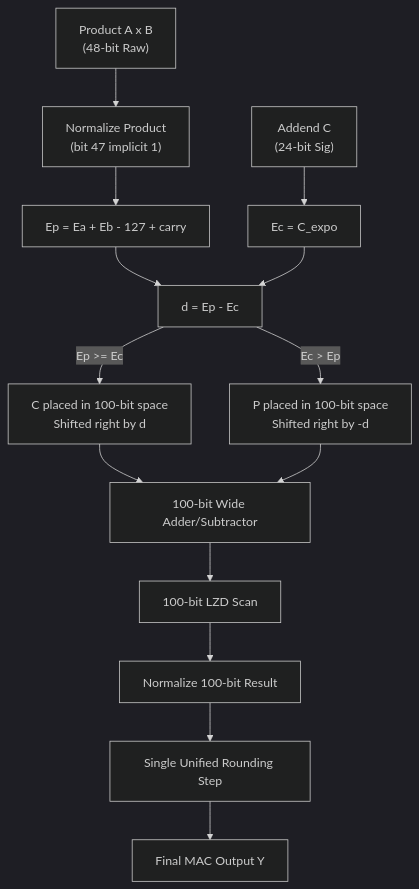
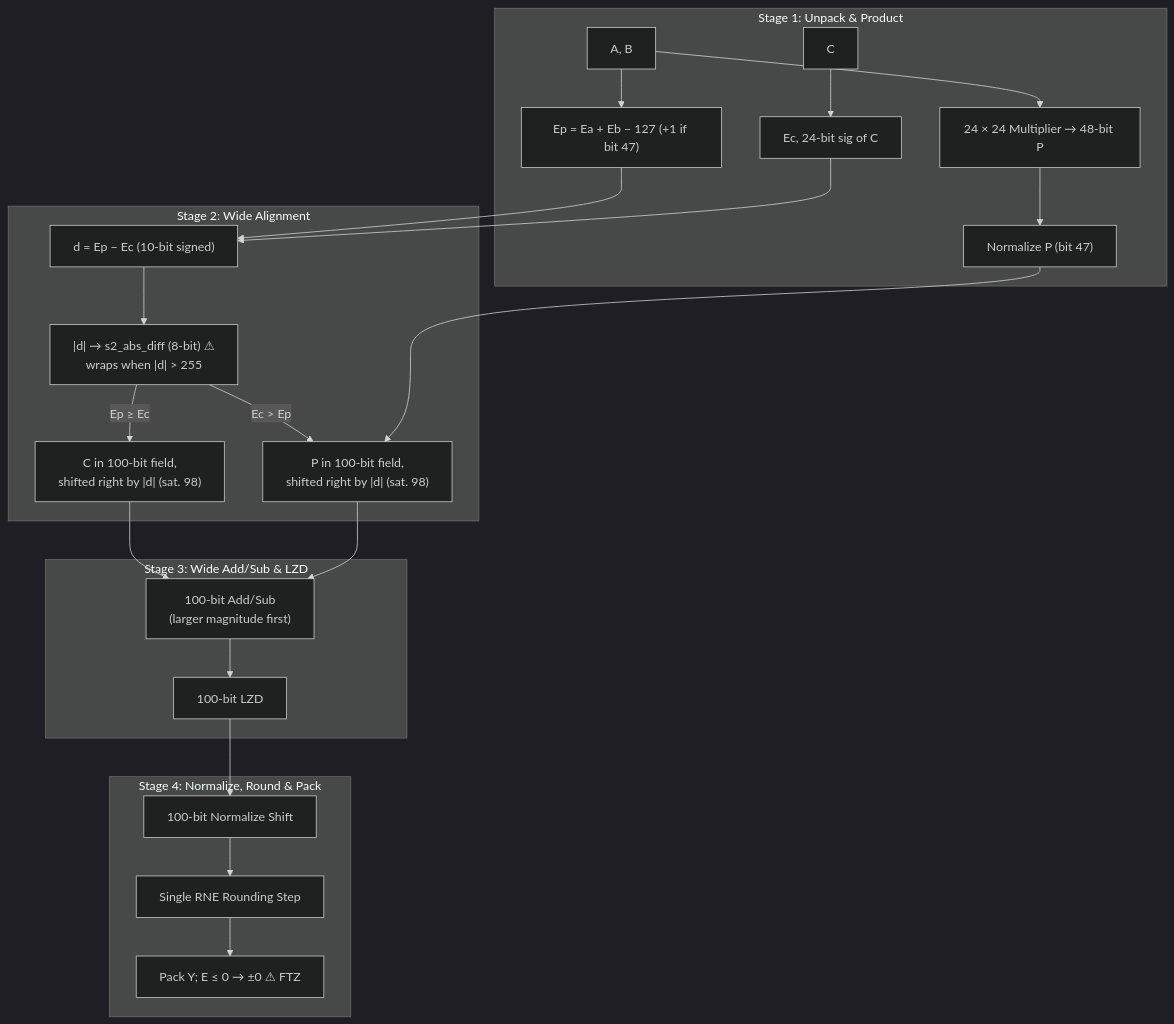
Before and after one commit to priyanshu029jain/FPU: the fifth of 5 diagrams in diagram/system_architecture.md, drawn with Mermaid (dark theme). The commit also changed other lines of this file and 1 other file, not shown here.

First line of the commit message:
docs(history): add second verification pass findings and redraw architecture diagrams

````diff
--- a/diagram/system_architecture.md
+++ b/diagram/system_architecture.md
@@ -98,20 +150,30 @@
 ```mermaid
 graph TD
-    P["Product A x B<br/>(48-bit Raw)"] --> NORM_P["Normalize Product<br/>(bit 47 implicit 1)"]
-    C["Addend C<br/>(24-bit Sig)"] --> EXP_C["Ec = C_expo"]
-    NORM_P --> EXP_P["Ep = Ea + Eb - 127 + carry"]
+    subgraph S1["Stage 1: Unpack & Product"]
+        AB["A, B"] --> MULT["24 × 24 Multiplier → 48-bit P"]
+        MULT --> NORM_P["Normalize P (bit 47)"]
+        AB --> EXP_P["Ep = Ea + Eb − 127 (+1 if bit 47)"]
+        CIN["C"] --> EXP_C["Ec, 24-bit sig of C"]
+    end
 
-    EXP_P --> CMP["d = Ep - Ec"]
-    EXP_C --> CMP
+    subgraph S2["Stage 2: Wide Alignment"]
+        EXP_P --> CMP["d = Ep − Ec (10-bit signed)"]
+        EXP_C --> CMP
+        CMP --> ABS["|d| → s2_abs_diff (8-bit) ⚠<br/>wraps when |d| > 255"]
+        ABS -- "Ep ≥ Ec" --> ALIGN_C["C in 100-bit field,<br/>shifted right by |d| (sat. 98)"]
+        ABS -- "Ec > Ep" --> ALIGN_P["P in 100-bit field,<br/>shifted right by |d| (sat. 98)"]
+        NORM_P --> ALIGN_P
+    end
 
-    CMP -- "Ep >= Ec" --> ALIGN_C["C placed in 100-bit space<br/>Shifted right by d"]
-    CMP -- "Ec > Ep" --> ALIGN_P["P placed in 100-bit space<br/>Shifted right by -d"]
+    subgraph S3["Stage 3: Wide Add/Sub & LZD"]
+        ALIGN_C --> WIDE_ADD["100-bit Add/Sub<br/>(larger magnitude first)"]
+        ALIGN_P --> WIDE_ADD
+        WIDE_ADD --> WIDE_LZD["100-bit LZD"]
+    end
 
-    ALIGN_C --> WIDE_ADD["100-bit Wide Adder/Subtractor"]
-    ALIGN_P --> WIDE_ADD
-
-    WIDE_ADD --> WIDE_LZD["100-bit LZD Scan"]
-    WIDE_LZD --> WIDE_NORM["Normalize 100-bit Result"]
-    WIDE_NORM --> SINGLE_RND["Single Unified Rounding Step"]
-    SINGLE_RND --> FINAL_Y["Final MAC Output Y"]
+    subgraph S4["Stage 4: Normalize, Round & Pack"]
+        WIDE_LZD --> WIDE_NORM["100-bit Normalize Shift"]
+        WIDE_NORM --> SINGLE_RND["Single RNE Rounding Step"]
+        SINGLE_RND --> FINAL_Y["Pack Y; E ≤ 0 → ±0 ⚠ FTZ"]
+    end
 ```
````
